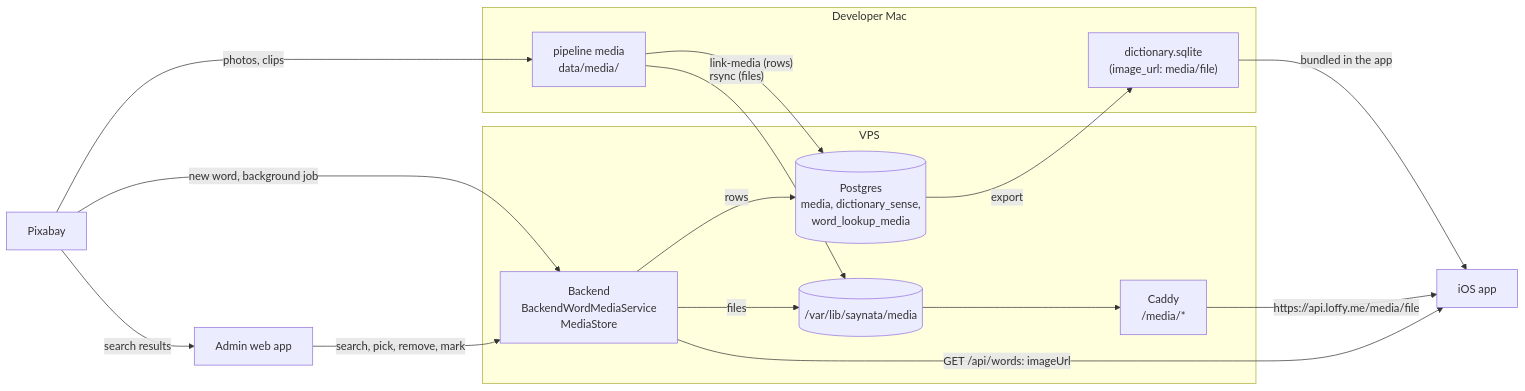
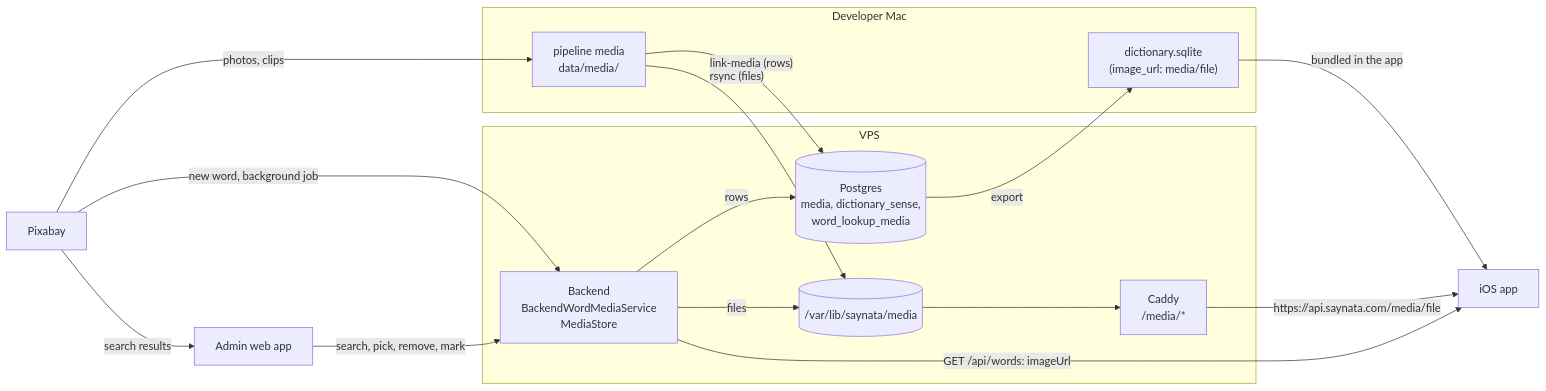
Before and after one commit to tranphuocloc070699/saynata: the first of 10 diagrams in backlog/docs/features/doc-15 - Media-and-images.md, drawn with Mermaid. The commit also changed other lines of this file and 50 other files, not shown here.

Commit message:
TASK-104: switch the code from loffy.me to saynata.com

````diff
--- a/backlog/docs/features/doc-15 - Media-and-images.md
+++ b/backlog/docs/features/doc-15 - Media-and-images.md
@@ -21,30 +21,30 @@
 ```mermaid
 flowchart LR
     PX[Pixabay]
     subgraph Mac["Developer Mac"]
         PIPE["pipeline media<br/>data/media/"]
         SQL["dictionary.sqlite<br/>(image_url: media/file)"]
     end
     subgraph VPS["VPS"]
         PG[("Postgres<br/>media, dictionary_sense,<br/>word_lookup_media")]
         DIR[("/var/lib/saynata/media")]
         CADDY[Caddy<br/>/media/*]
         BE["Backend<br/>BackendWordMediaService<br/>MediaStore"]
     end
     ADMIN[Admin web app]
     APP[iOS app]
 
     PX -->|"photos, clips"| PIPE
     PIPE -->|"link-media (rows)"| PG
     PIPE -->|"rsync (files)"| DIR
     PG -->|"export"| SQL
     SQL -->|"bundled in the app"| APP
     PX -->|"new word, background job"| BE
     BE -->|"rows"| PG
     BE -->|"files"| DIR
     ADMIN -->|"search, pick, remove, mark"| BE
     PX -->|"search results"| ADMIN
     DIR --> CADDY
-    CADDY -->|"https://api.loffy.me/media/file"| APP
+    CADDY -->|"https://api.saynata.com/media/file"| APP
     BE -->|"GET /api/words: imageUrl"| APP
 ```
````
